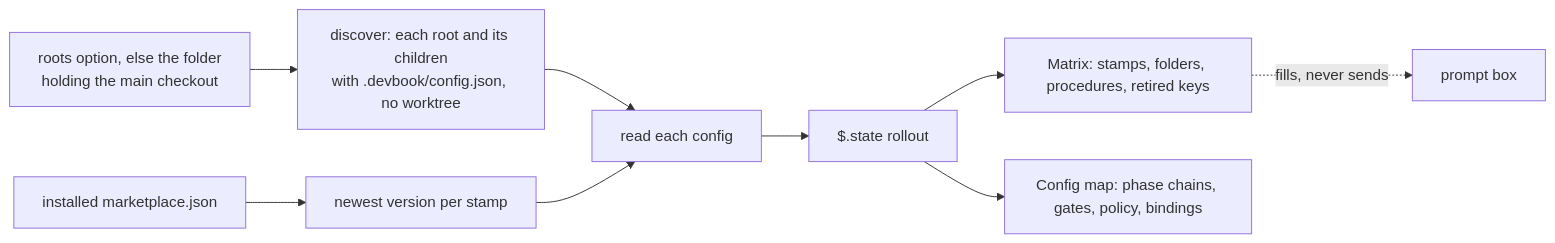
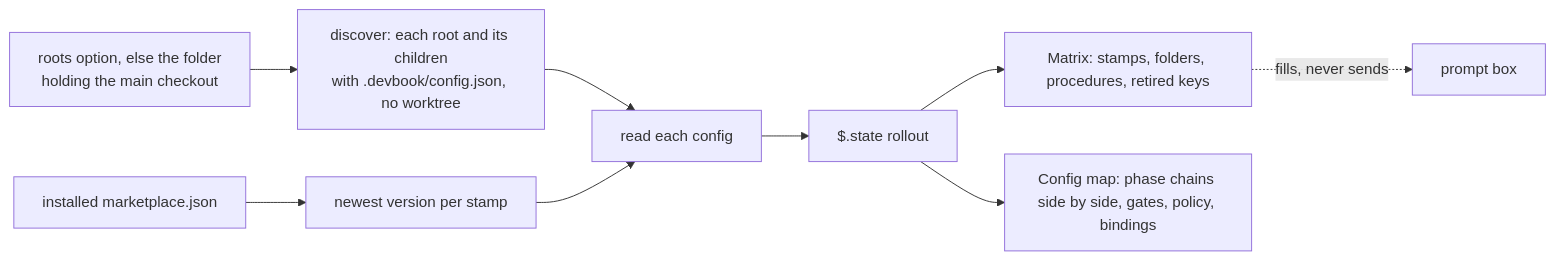
The diagram in .devbook/arc42/building-blocks/devbook-config-view.md (JSdotNet/ai-agent-stack), drawn with Mermaid before and after one commit. The commit also changed 1 other file, not shown here.

Commit message:
devbook-config-view: describe the side-by-side config map in its README and block

````diff
--- a/.devbook/arc42/building-blocks/devbook-config-view.md
+++ b/.devbook/arc42/building-blocks/devbook-config-view.md
@@ -46,11 +46,11 @@
 ```mermaid
 flowchart LR
     R["roots option, else the folder<br/>holding the main checkout"] --> D["discover: each root and its children<br/>with .devbook/config.json, no worktree"]
     M["installed marketplace.json"] --> N["newest version per stamp"]
     D --> C["read each config"]
     N --> C
     C --> S["$.state rollout"]
     S --> X["Matrix: stamps, folders, procedures, retired keys"]
-    S --> P["Config map: phase chains, gates, policy, bindings"]
+    S --> P["Config map: phase chains side by side, gates, policy, bindings"]
     X -.->|"fills, never sends"| Q["prompt box"]
 ```
````
